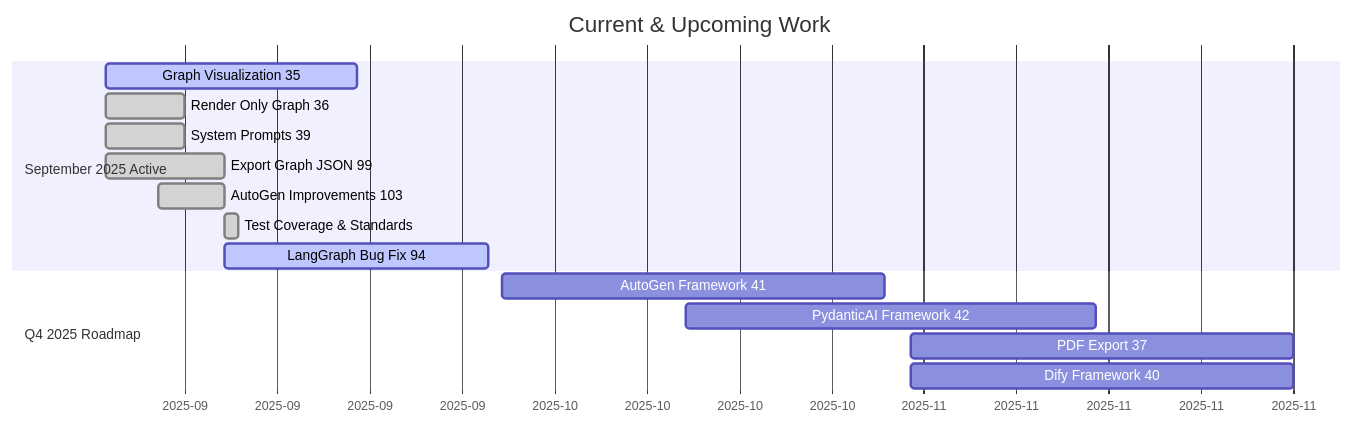
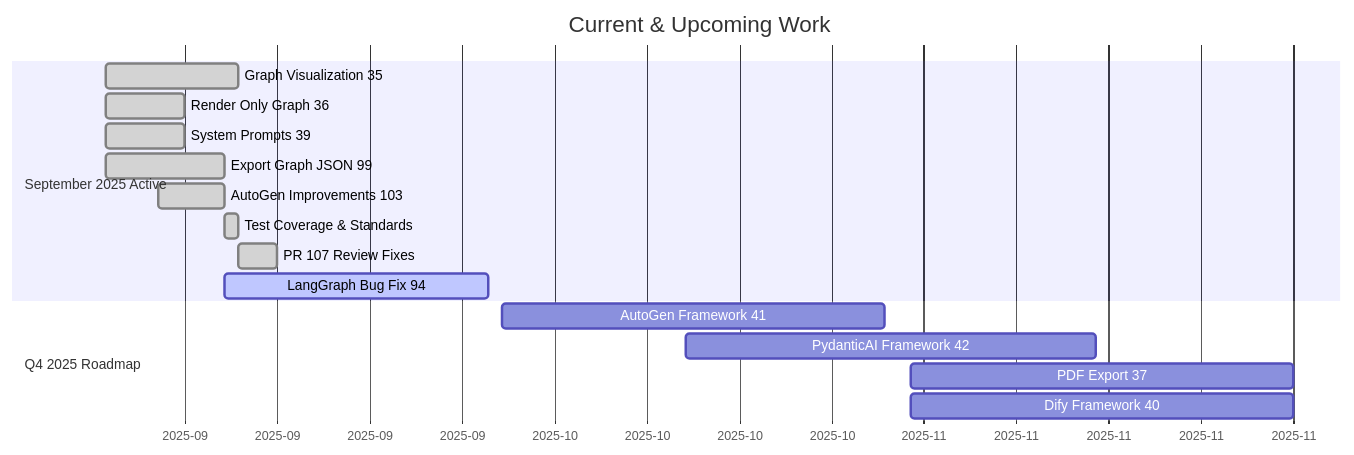
One commit to splx-ai/agentic-radar changed the third of 4 diagrams in docs/project-gantt.md. Above: the diagram before and after it, drawn with Mermaid. The commit also changed other lines of this file, not shown here.

Commit message:
docs: update project timeline to reflect PR #107 completion
- Mark Graph Visualization #35 as completed (done on 2025-09-11)
- Add PR 107 Review Fixes entry to timeline
- Update current focus to highlight PR #107 completion
- Note that all PR review comments have been addressed

🤖 Generated with [Claude Code](https://claude.ai/code)

````diff
--- a/docs/project-gantt.md
+++ b/docs/project-gantt.md
@@ -53,21 +53,22 @@
 ```mermaid
 gantt
     title Current & Upcoming Work
     dateFormat YYYY-MM-DD
     axisFormat %Y-%m
     
     section September 2025 Active
-    Graph Visualization 35    :active, graph-viz, 2025-09-01, 2025-09-20
+    Graph Visualization 35    :done, graph-viz, 2025-09-01, 2025-09-11
     Render Only Graph 36      :done, graph-only, 2025-09-01, 2025-09-07
     System Prompts 39         :done, sys-prompts, 2025-09-01, 2025-09-07
     Export Graph JSON 99      :done, export-json, 2025-09-01, 2025-09-10
     AutoGen Improvements 103  :done, autogen-fix, 2025-09-05, 2025-09-10
     Test Coverage & Standards :done, test-coverage, 2025-09-10, 2025-09-11
+    PR 107 Review Fixes       :done, pr-107-fixes, 2025-09-11, 2025-09-14
     LangGraph Bug Fix 94      :active, langgraph-bug, 2025-09-10, 2025-09-30
     
     section Q4 2025 Roadmap
     AutoGen Framework 41      :autogen, 2025-10-01, 2025-10-30
     PydanticAI Framework 42   :pydantic-ai, 2025-10-15, 2025-11-15
     PDF Export 37             :pdf-export, 2025-11-01, 2025-11-30
     Dify Framework 40         :dify, 2025-11-01, 2025-11-30
 ```
````
